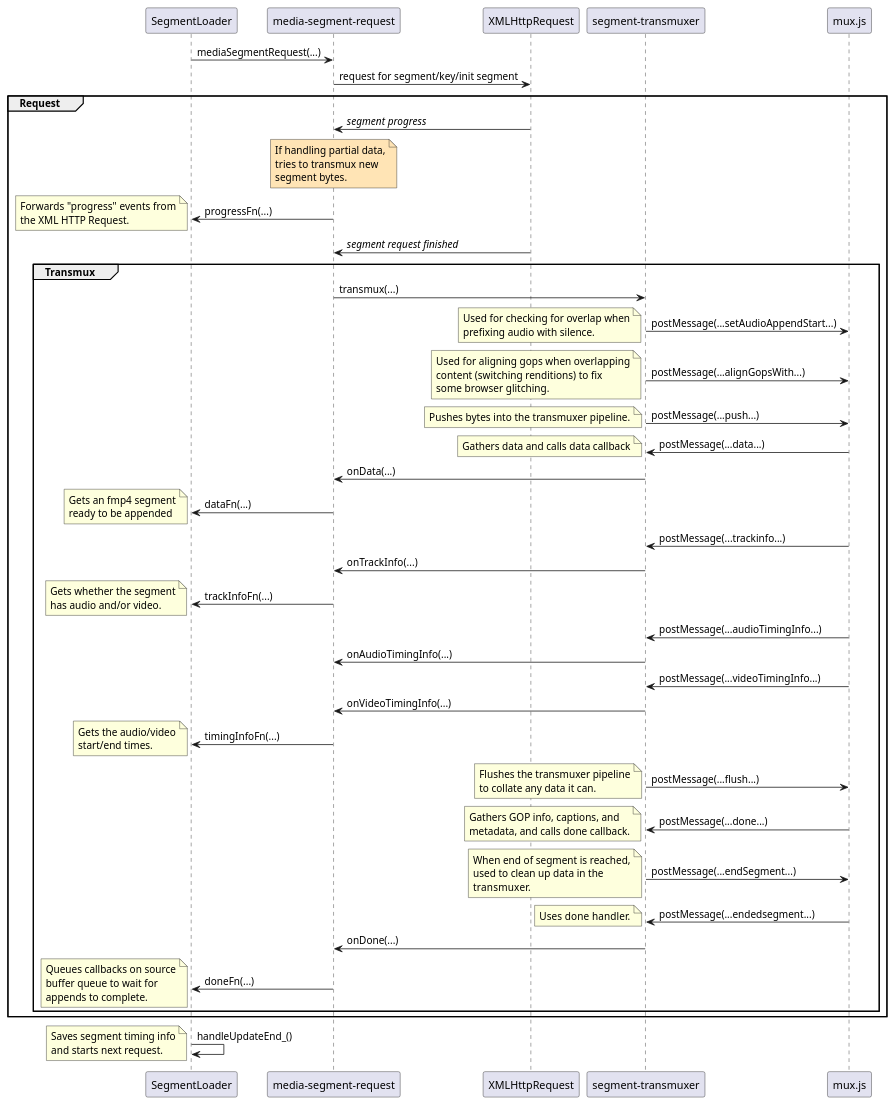
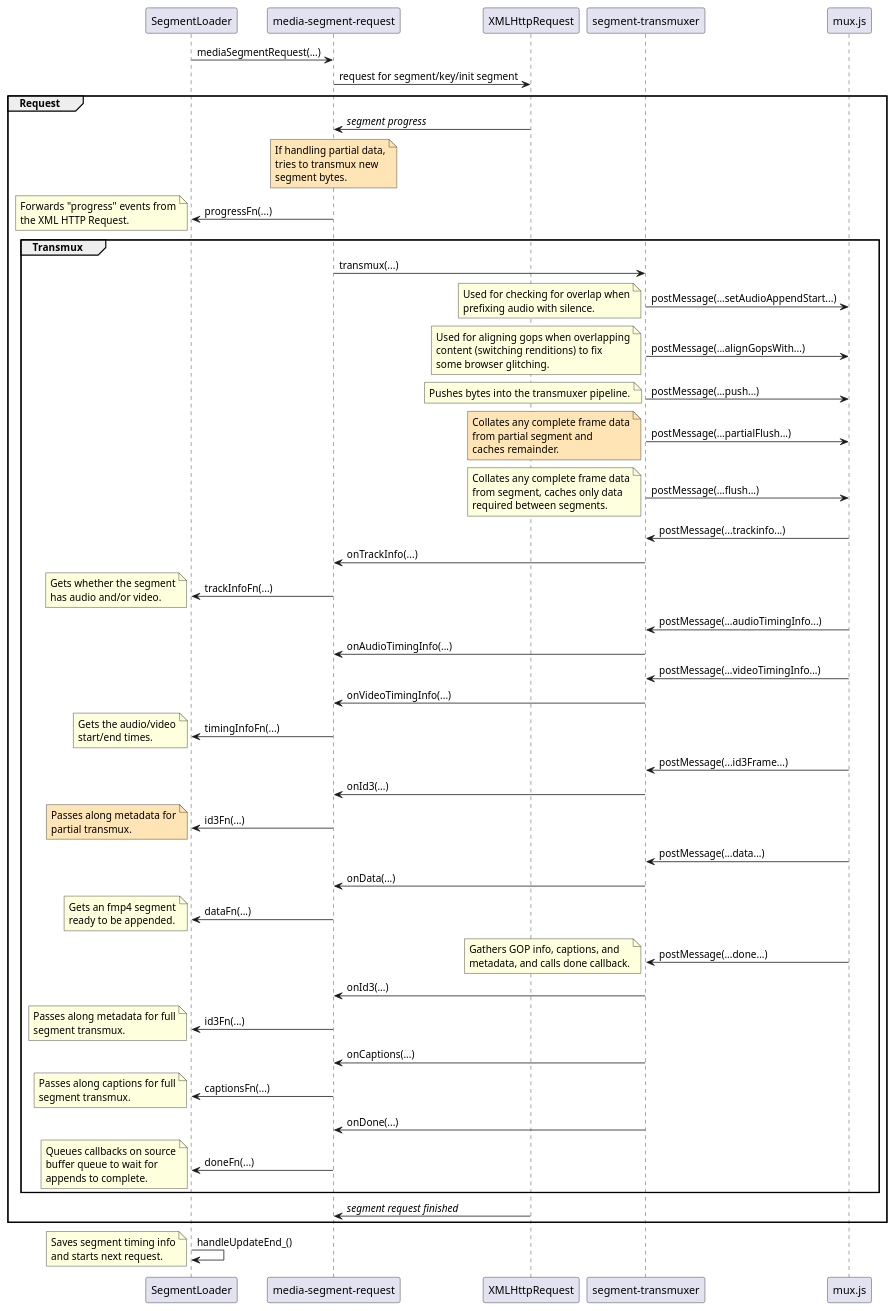
The diagram in docs/lhls/new-segment-loader-sequence.plantuml (videojs/http-streaming), drawn with PlantUML before and after one commit. The commit also changed 1 other file, not shown here.

Commit message:
Update new-segment-loader-sequence diagram

```diff
--- a/docs/lhls/new-segment-loader-sequence.plantuml
+++ b/docs/lhls/new-segment-loader-sequence.plantuml
@@ -1,106 +1,124 @@
 @startuml
 
 participant SegmentLoader order 1
 participant "media-segment-request" order 2
 participant XMLHttpRequest order 3
 participant "segment-transmuxer" order 4
 participant mux.js order 5
 
 SegmentLoader -> "media-segment-request" : mediaSegmentRequest(...)
 "media-segment-request" -> XMLHttpRequest : request for segment/key/init segment
 
 group Request
   XMLHttpRequest -> "media-segment-request" : //segment progress//
   note over "media-segment-request" #moccasin
    If handling partial data,
    tries to transmux new
    segment bytes.
   end note
   "media-segment-request" -> SegmentLoader : progressFn(...)
   note left
     Forwards "progress" events from
     the XML HTTP Request.
   end note
-  XMLHttpRequest -> "media-segment-request" : //segment request finished//
   group Transmux
     "media-segment-request" -> "segment-transmuxer" : transmux(...)
 
     "segment-transmuxer" -> mux.js : postMessage(...setAudioAppendStart...)
     note left
       Used for checking for overlap when
       prefixing audio with silence.
     end note
     "segment-transmuxer" -> mux.js : postMessage(...alignGopsWith...)
     note left
       Used for aligning gops when overlapping
       content (switching renditions) to fix
       some browser glitching.
     end note
 
     "segment-transmuxer" -> mux.js : postMessage(...push...)
     note left
       Pushes bytes into the transmuxer pipeline.
     end note
-    "mux.js" -> "segment-transmuxer" : postMessage(...data...)
+
+    "segment-transmuxer" -> mux.js : postMessage(...partialFlush...)
+    note left #moccasin
+      Collates any complete frame data
+      from partial segment and
+      caches remainder.
+    end note
+    "segment-transmuxer" -> mux.js : postMessage(...flush...)
     note left
-        Gathers data and calls data callback
+      Collates any complete frame data
+      from segment, caches only data
+      required between segments.
     end note
-    "segment-transmuxer" -> "media-segment-request" : onData(...)
-    "media-segment-request" -> SegmentLoader : dataFn(...)
-    note left
-      Gets an fmp4 segment
-      ready to be appended
-    end note
+
     "mux.js" -> "segment-transmuxer" : postMessage(...trackinfo...)
     "segment-transmuxer" -> "media-segment-request" : onTrackInfo(...)
     "media-segment-request" -> SegmentLoader : trackInfoFn(...)
     note left
       Gets whether the segment
       has audio and/or video.
     end note
     "mux.js" -> "segment-transmuxer" : postMessage(...audioTimingInfo...)
     "segment-transmuxer" -> "media-segment-request" : onAudioTimingInfo(...)
     "mux.js" -> "segment-transmuxer" : postMessage(...videoTimingInfo...)
     "segment-transmuxer" -> "media-segment-request" : onVideoTimingInfo(...)
     "media-segment-request" -> SegmentLoader : timingInfoFn(...)
     note left
       Gets the audio/video
       start/end times.
     end note
 
-    "segment-transmuxer" -> mux.js : postMessage(...flush...)
+    "mux.js" -> "segment-transmuxer" : postMessage(...id3Frame...)
+    "segment-transmuxer" -> "media-segment-request" : onId3(...)
+    "media-segment-request" -> SegmentLoader : id3Fn(...)
+    note left #moccasin
+      Passes along metadata for
+      partial transmux.
+    end note
+
+    "mux.js" -> "segment-transmuxer" : postMessage(...data...)
+    "segment-transmuxer" -> "media-segment-request" : onData(...)
+    "media-segment-request" -> SegmentLoader : dataFn(...)
     note left
-      Flushes the transmuxer pipeline
-      to collate any data it can.
+      Gets an fmp4 segment
+      ready to be appended.
     end note
+
     "mux.js" -> "segment-transmuxer" : postMessage(...done...)
     note left
       Gathers GOP info, captions, and
       metadata, and calls done callback.
     end note
-    "segment-transmuxer" -> mux.js : postMessage(...endSegment...)
+    "segment-transmuxer" -> "media-segment-request" : onId3(...)
+    "media-segment-request" -> SegmentLoader : id3Fn(...)
     note left
-      When end of segment is reached,
-      used to clean up data in the
-      transmuxer.
+      Passes along metadata for full
+      segment transmux.
     end note
-    "mux.js" -> "segment-transmuxer" : postMessage(...endedsegment...)
+    "segment-transmuxer" -> "media-segment-request" : onCaptions(...)
+    "media-segment-request" -> SegmentLoader : captionsFn(...)
     note left
-      Uses done handler.
+      Passes along captions for full
+      segment transmux.
     end note
     "segment-transmuxer" -> "media-segment-request" : onDone(...)
     "media-segment-request" -> SegmentLoader : doneFn(...)
     note left
       Queues callbacks on source
       buffer queue to wait for
       appends to complete.
     end note
   end
+  XMLHttpRequest -> "media-segment-request" : //segment request finished//
 end
+
 SegmentLoader -> SegmentLoader : handleUpdateEnd_()
 note left
   Saves segment timing info
   and starts next request.
 end note
 
 @enduml
```
